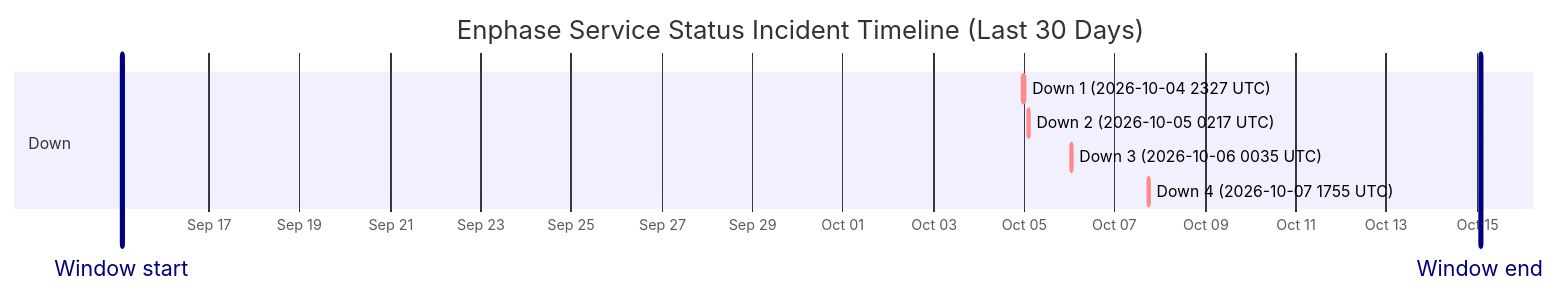
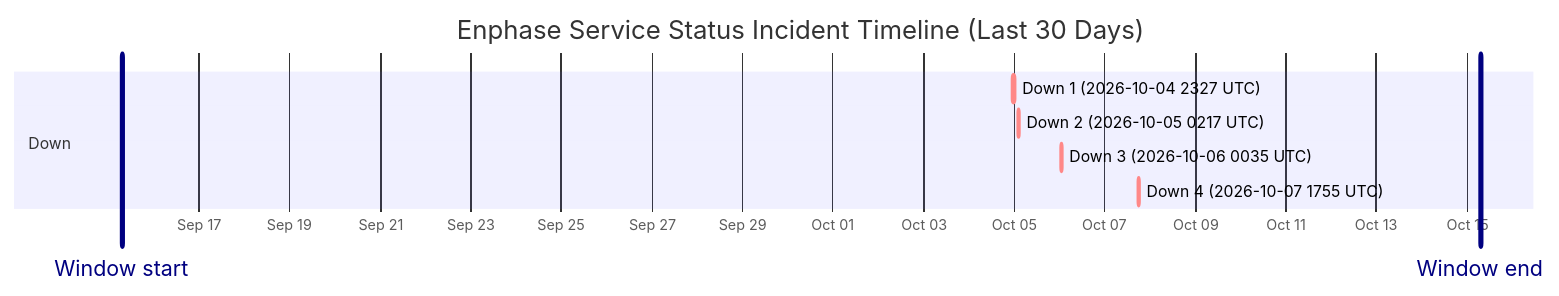
One commit to barneyonline/ha-enphase-energy changed the diagram in wiki/Service-Status-History.md. Above: the diagram before and after it, drawn with Mermaid. The commit also changed other lines of this file and 3 other files, not shown here.

````diff
--- a/wiki/Service-Status-History.md
+++ b/wiki/Service-Status-History.md
@@ -14,13 +14,13 @@
 ```mermaid
 gantt
     title Enphase Service Status Incident Timeline (Last 30 Days)
     dateFormat  YYYY-MM-DDTHH:mm:ss
     axisFormat  %b %d
-    Window start :vert, window-start, 2026-09-15T01:39:13, 0ms
-    Window end :vert, window-end, 2026-10-15T01:39:13, 0ms
+    Window start :vert, window-start, 2026-09-15T06:58:07, 0ms
+    Window end :vert, window-end, 2026-10-15T06:58:07, 0ms
     section Down
     Down 1 (2026-10-04 2327 UTC) :crit, down-1, 2026-10-04T23:27:34, 60m
     Down 2 (2026-10-05 0217 UTC) :crit, down-2, 2026-10-05T02:17:30, 60m
     Down 3 (2026-10-06 0035 UTC) :crit, down-3, 2026-10-06T00:35:21, 60m
     Down 4 (2026-10-07 1755 UTC) :crit, down-4, 2026-10-07T17:55:16, 60m
 ```
````
